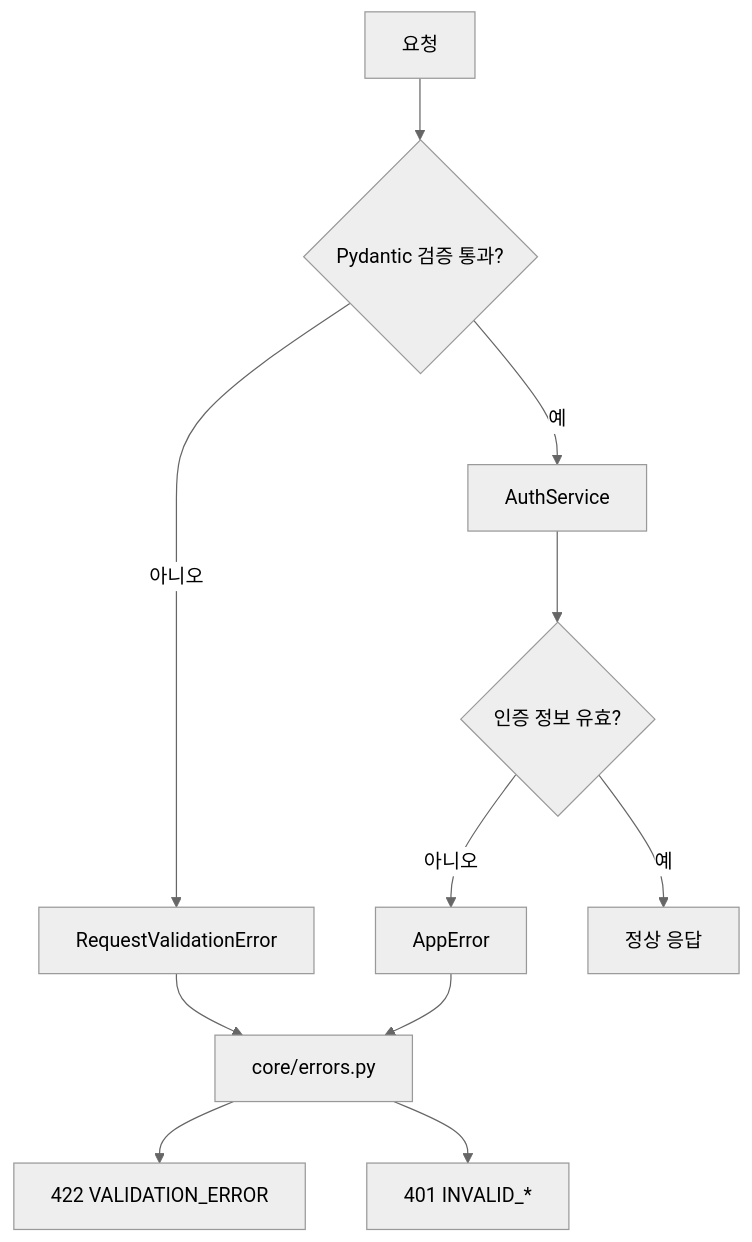
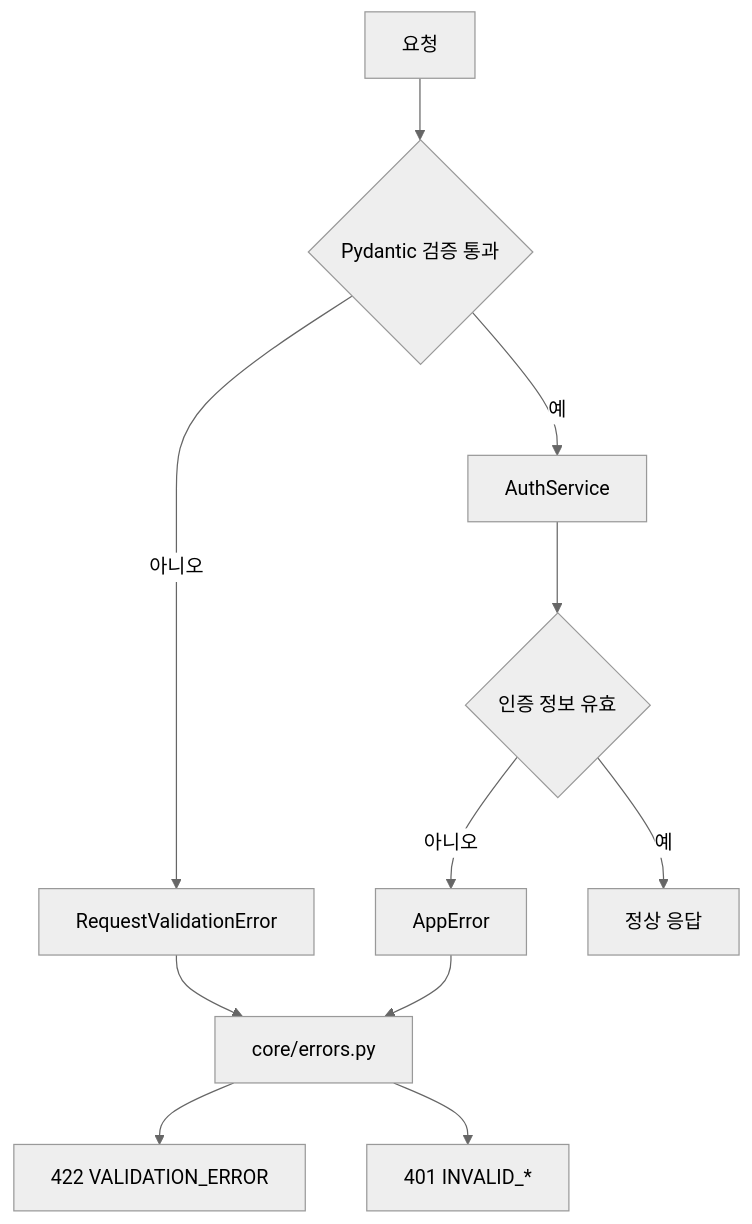
Before and after one commit to JUNGLE-TEAM1/W16_team_sprint: diagram 12 of 12 in docs/sprint-2-execution-flow-guide.md, drawn with Mermaid (neutral theme). The commit also changed other lines of this file, not shown here.

Commit message:
docs: fix sprint 2 mermaid syntax

````diff
--- a/docs/sprint-2-execution-flow-guide.md
+++ b/docs/sprint-2-execution-flow-guide.md
@@ -311,13 +311,13 @@
 ```mermaid
 flowchart TD
-    Request[요청] --> Validation{Pydantic 검증 통과?}
+    Request[요청] --> Validation{Pydantic 검증 통과}
     Validation -- 아니오 --> ValidationError[RequestValidationError]
     ValidationError --> ErrorHandler[core/errors.py]
     ErrorHandler --> Response422[422 VALIDATION_ERROR]
     Validation -- 예 --> Service[AuthService]
-    Service --> AuthCheck{인증 정보 유효?}
+    Service --> AuthCheck{인증 정보 유효}
     AuthCheck -- 아니오 --> AppError[AppError]
     AppError --> ErrorHandler
     ErrorHandler --> Response401[401 INVALID_*]
     AuthCheck -- 예 --> Success[정상 응답]
 ```
````
